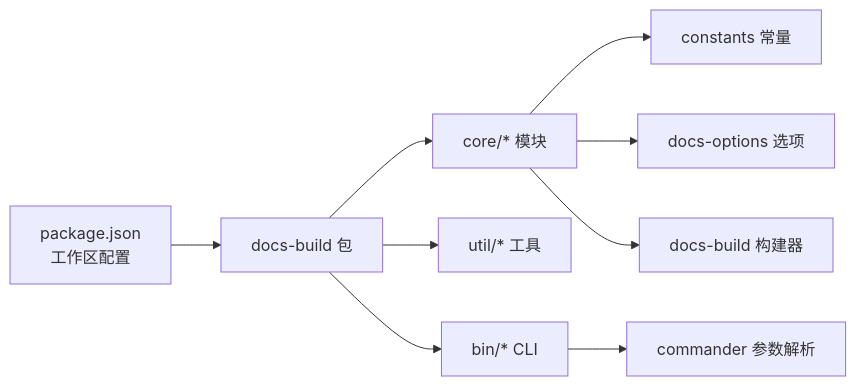
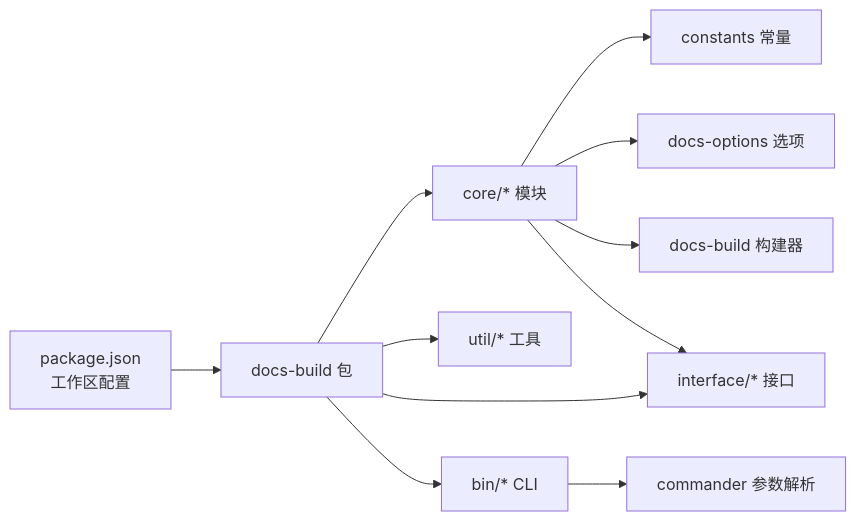
One commit to hz-9/tool-nx changed the fifth of 5 diagrams in .qoder/repowiki/zh/content/API参考/文档构建工具API/文档构建工具API.md. Above: the diagram before and after it, drawn with Mermaid. The commit also changed other lines of this file and 27 other files, not shown here.

````diff
--- a/.qoder/repowiki/zh/content/API参考/文档构建工具API/文档构建工具API.md
+++ b/.qoder/repowiki/zh/content/API参考/文档构建工具API/文档构建工具API.md
@@ -336,11 +425,13 @@
 ```mermaid
 graph LR
 PJSON["package.json<br/>工作区配置"] --> DOCSBUILD["docs-build 包"]
 DOCSBUILD --> CORE["core/* 模块"]
 DOCSBUILD --> UTIL["util/* 工具"]
 DOCSBUILD --> BIN["bin/* CLI"]
+DOCSBUILD --> IFACE["interface/* 接口"]
 CORE --> CONST["constants 常量"]
 CORE --> OPT["docs-options 选项"]
 CORE --> BUILD["docs-build 构建器"]
+CORE --> IFACE
 BIN --> CMDR["commander 参数解析"]
 ```
````
